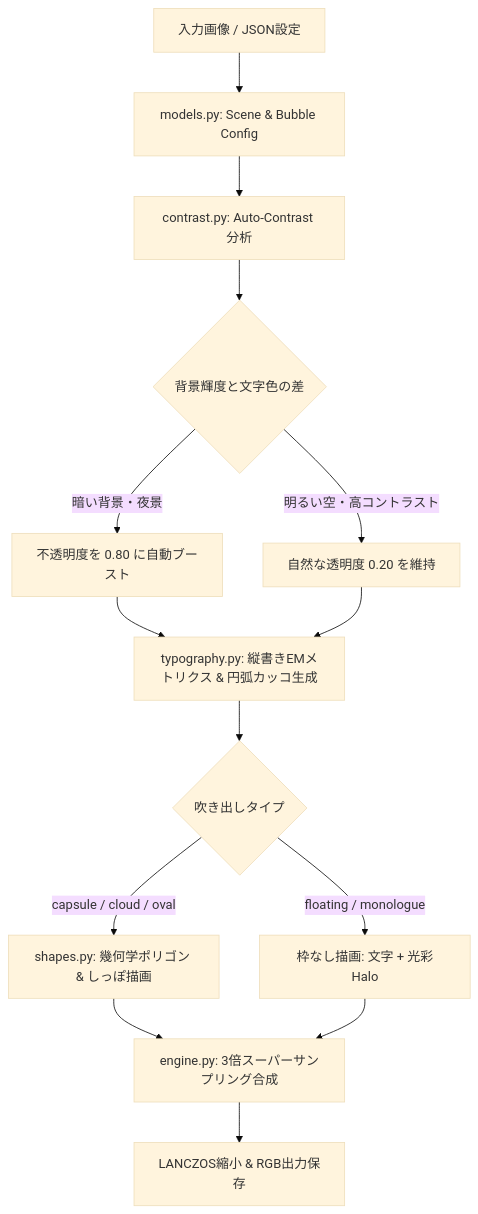
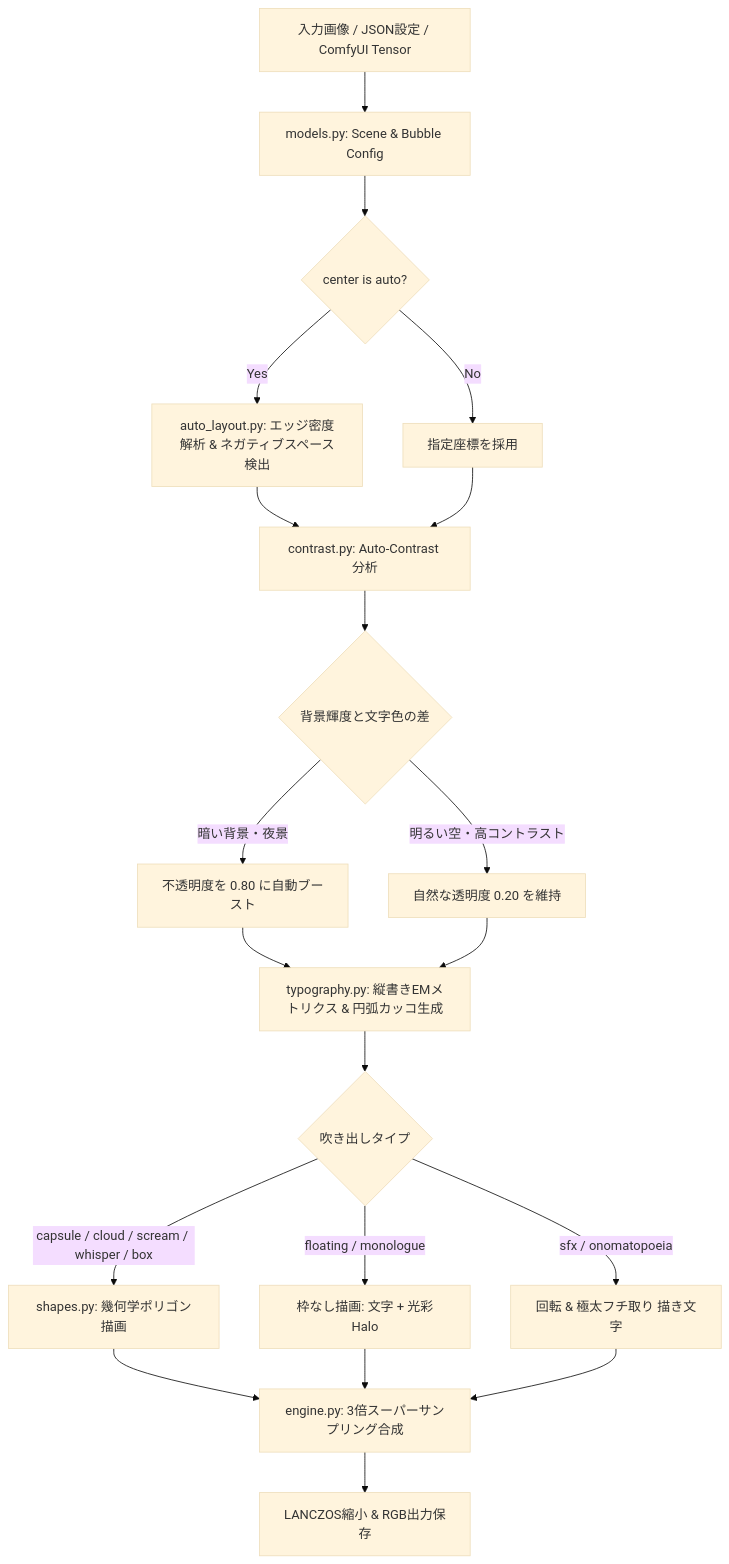
The diagram in README.md (manamana39/comic-bubble-maker), drawn with Mermaid (base theme) before and after one commit. The commit also changed other lines of this file and 10 other files, not shown here.

Commit message:
feat: add scream/whisper bubbles, manga onomatopoeia SFX, auto-layout, and ComfyUI node

````diff
--- a/README.md
+++ b/README.md
@@ -41,16 +53,22 @@
 ```mermaid
 flowchart TD
-    A[入力画像 / JSON設定] --> B[models.py: Scene & Bubble Config]
-    B --> C[contrast.py: Auto-Contrast 分析]
-    C --> D{背景輝度と文字色の差}
-    D -- 暗い背景・夜景 --> E[不透明度を 0.80 に自動ブースト]
-    D -- 明るい空・高コントラスト --> F[自然な透明度 0.20 を維持]
-    E --> G[typography.py: 縦書きEMメトリクス & 円弧カッコ生成]
-    F --> G
-    G --> H{吹き出しタイプ}
-    H -- capsule / cloud / oval --> I[shapes.py: 幾何学ポリゴン & しっぽ描画]
-    H -- floating / monologue --> J[枠なし描画: 文字 + 光彩Halo]
-    I --> K[engine.py: 3倍スーパーサンプリング合成]
-    J --> K
-    K --> L[LANCZOS縮小 & RGB出力保存]
+    A[入力画像 / JSON設定 / ComfyUI Tensor] --> B[models.py: Scene & Bubble Config]
+    B --> C{center is auto?}
+    C -- Yes --> D[auto_layout.py: エッジ密度解析 & ネガティブスペース検出]
+    C -- No --> E[指定座標を採用]
+    D --> F[contrast.py: Auto-Contrast 分析]
+    E --> F
+    F --> G{背景輝度と文字色の差}
+    G -- 暗い背景・夜景 --> H[不透明度を 0.80 に自動ブースト]
+    G -- 明るい空・高コントラスト --> I[自然な透明度 0.20 を維持]
+    H --> J[typography.py: 縦書きEMメトリクス & 円弧カッコ生成]
+    I --> J
+    J --> K{吹き出しタイプ}
+    K -- capsule / cloud / scream / whisper / box --> L[shapes.py: 幾何学ポリゴン描画]
+    K -- floating / monologue --> M[枠なし描画: 文字 + 光彩Halo]
+    K -- sfx / onomatopoeia --> N[回転 & 極太フチ取り 描き文字]
+    L --> O[engine.py: 3倍スーパーサンプリング合成]
+    M --> O
+    N --> O
+    O --> P[LANCZOS縮小 & RGB出力保存]
 ```
````
